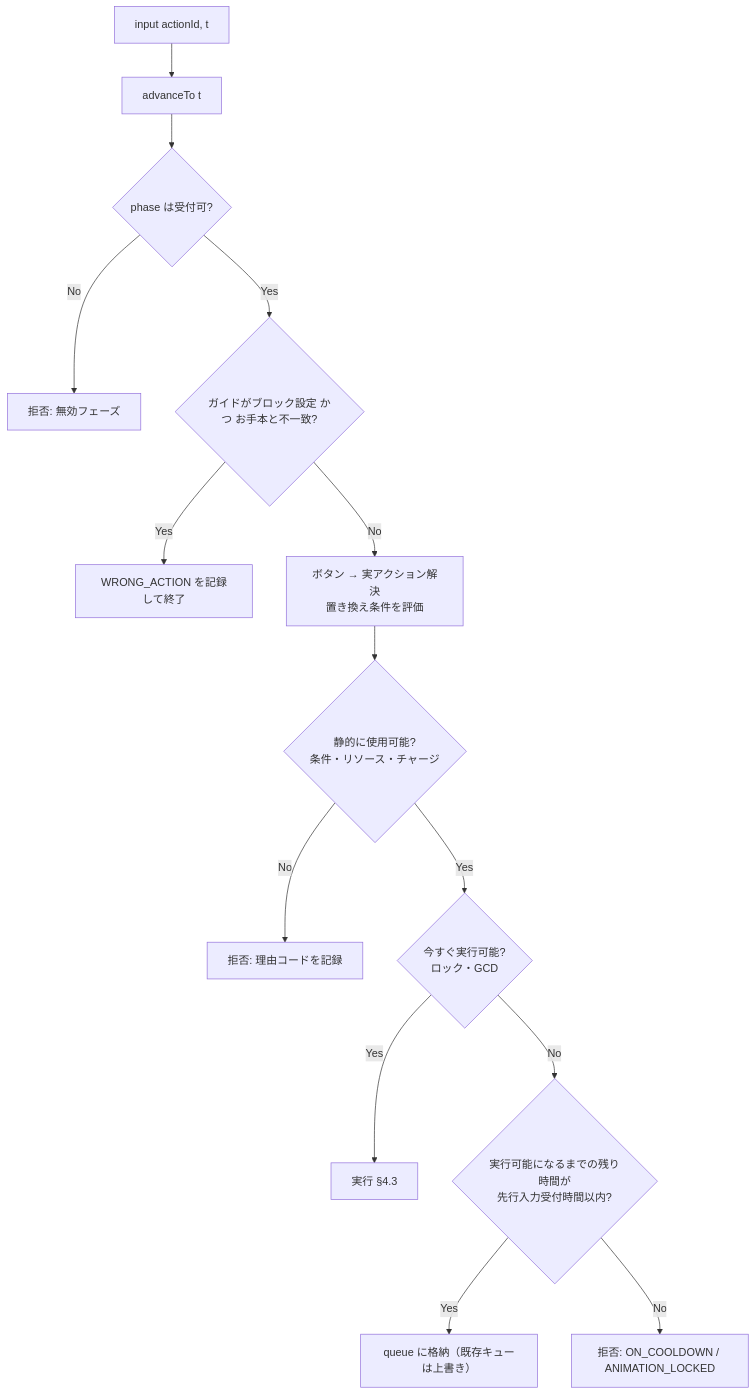
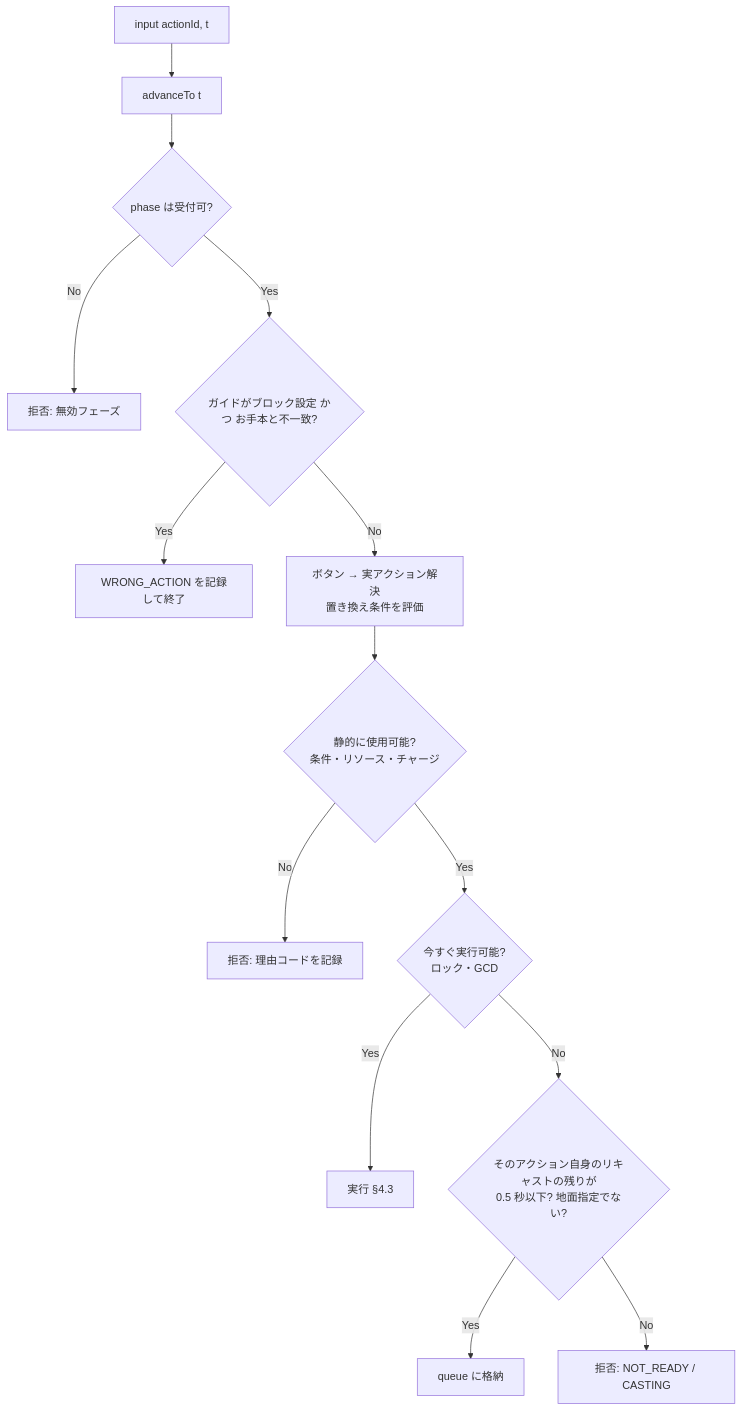
Before and after one commit to mattarilightcha/ff14-rotation-trainer: the eighth of 8 diagrams in docs/STATE_MACHINE.md, drawn with Mermaid. The commit also changed other lines of this file and 20 other files, not shown here.

````diff
--- a/docs/STATE_MACHINE.md
+++ b/docs/STATE_MACHINE.md
@@ -228,16 +231,16 @@
 ```mermaid
 flowchart TD
     A[input actionId, t] --> B[advanceTo t]
     B --> C{phase は受付可?}
     C -- No --> X1[拒否: 無効フェーズ]
     C -- Yes --> G{ガイドがブロック設定 かつ お手本と不一致?}
     G -- Yes --> X2[WRONG_ACTION を記録して終了]
     G -- No --> D[ボタン → 実アクション解決<br/>置き換え条件を評価]
     D --> E{静的に使用可能?<br/>条件・リソース・チャージ}
     E -- No --> X3[拒否: 理由コードを記録]
     E -- Yes --> F{今すぐ実行可能?<br/>ロック・GCD}
     F -- Yes --> H[実行 §4.3]
-    F -- No --> Q{実行可能になるまでの残り時間が<br/>先行入力受付時間以内?}
-    Q -- Yes --> I[queue に格納（既存キューは上書き）]
-    Q -- No --> X4[拒否: ON_COOLDOWN / ANIMATION_LOCKED]
+    F -- No --> Q{そのアクション自身のリキャストの残りが<br/>0.5 秒以下? 地面指定でない?}
+    Q -- Yes --> I[queue に格納]
+    Q -- No --> X4[拒否: NOT_READY / CASTING]
 ```
````
